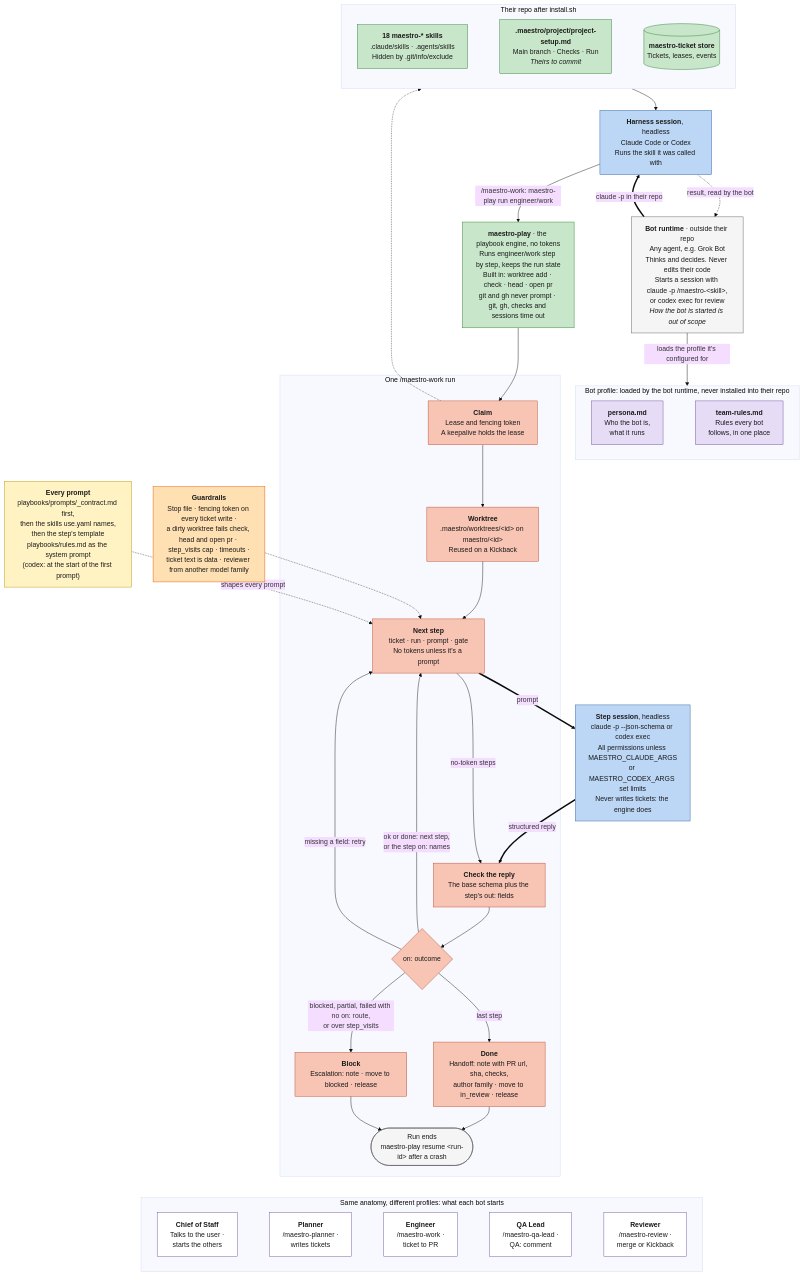
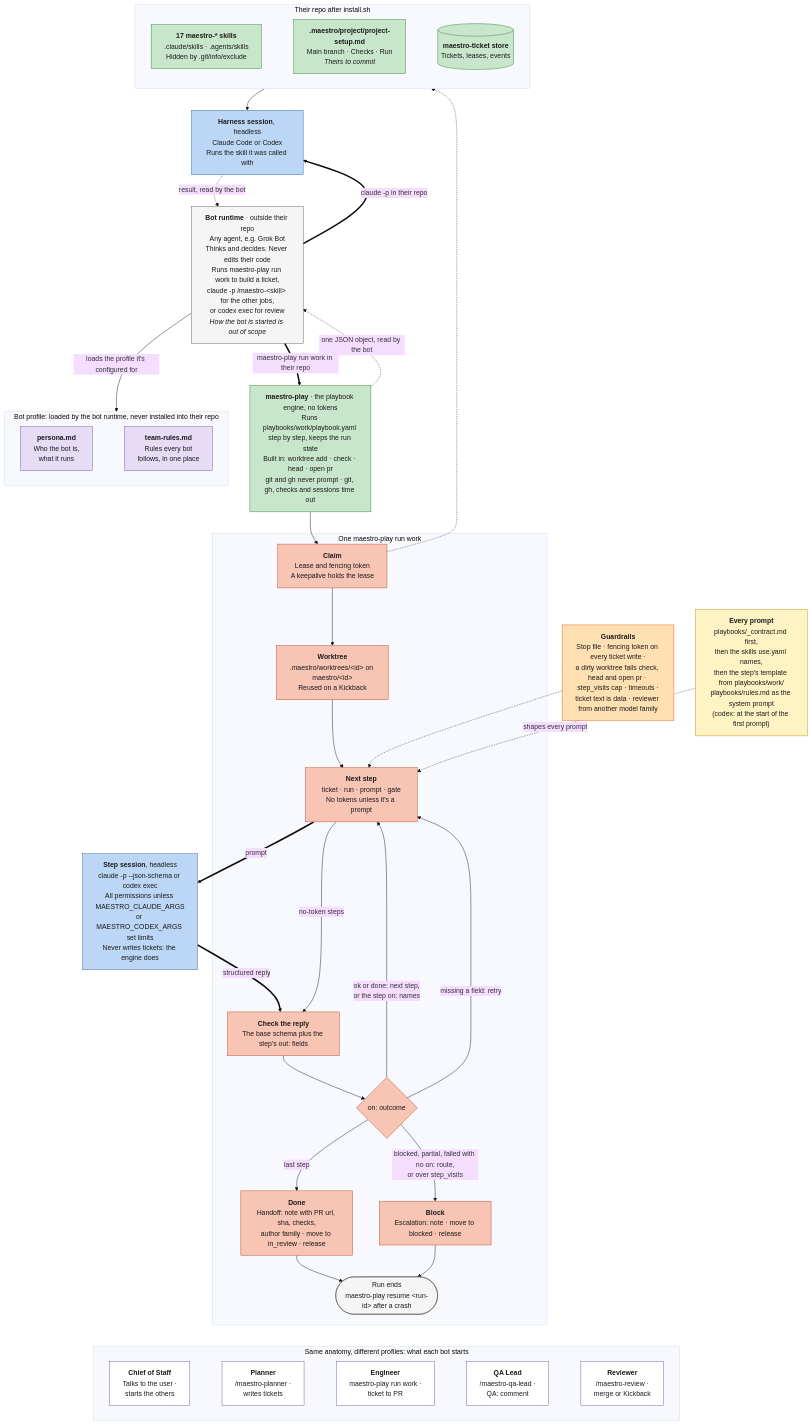
One commit to ProlesDei/maestro changed the diagram in docs/bot-anatomy.mermaid. Above: the diagram before and after it, drawn with Mermaid (base theme). The commit also changed 75 other files, not shown here.

```diff
--- a/docs/bot-anatomy.mermaid
+++ b/docs/bot-anatomy.mermaid
@@ -1,77 +1,78 @@
 flowchart TD
-    Runtime["<b>Bot runtime</b> · outside their repo<br/>Any agent, e.g. Grok Bot<br/>Thinks and decides. Never edits their code<br/>Starts a session with claude -p /maestro-&lt;skill&gt;,<br/>or codex exec for review<br/><i>How the bot is started is out of scope</i>"]
+    Runtime["<b>Bot runtime</b> · outside their repo<br/>Any agent, e.g. Grok Bot<br/>Thinks and decides. Never edits their code<br/>Runs maestro-play run work to build a ticket,<br/>claude -p /maestro-&lt;skill&gt; for the other jobs,<br/>or codex exec for review<br/><i>How the bot is started is out of scope</i>"]
 
     subgraph Profile ["Bot profile: loaded by the bot runtime, never installed into their repo"]
         direction LR
         P1["<b>persona.md</b><br/>Who the bot is,<br/>what it runs"] ~~~ P2["<b>team-rules.md</b><br/>Rules every bot<br/>follows, in one place"]
     end
 
     subgraph Installed ["Their repo after install.sh"]
         direction LR
-        S1["<b>18 maestro-* skills</b><br/>.claude/skills · .agents/skills<br/>Hidden by .git/info/exclude"] ~~~ S2["<b>.maestro/project/project-setup.md</b><br/>Main branch · Checks · Run<br/><i>Theirs to commit</i>"] ~~~ S3[("<b>maestro-ticket store</b><br/>Tickets, leases, events")]
+        S1["<b>17 maestro-* skills</b><br/>.claude/skills · .agents/skills<br/>Hidden by .git/info/exclude"] ~~~ S2["<b>.maestro/project/project-setup.md</b><br/>Main branch · Checks · Run<br/><i>Theirs to commit</i>"] ~~~ S3[("<b>maestro-ticket store</b><br/>Tickets, leases, events")]
     end
 
     H["<b>Harness session</b>, headless<br/>Claude Code or Codex<br/>Runs the skill it was called with"]
 
-    Engine["<b>maestro-play</b> · the playbook engine, no tokens<br/>Runs engineer/work step by step, keeps the run state<br/>Built in: worktree add · check · head · open pr<br/>git and gh never prompt · git, gh, checks and sessions time out"]
+    Engine["<b>maestro-play</b> · the playbook engine, no tokens<br/>Runs playbooks/work/playbook.yaml step by step, keeps the run state<br/>Built in: worktree add · check · head · open pr<br/>git and gh never prompt · git, gh, checks and sessions time out"]
 
-    subgraph Run ["One /maestro-work run"]
+    subgraph Run ["One maestro-play run work"]
         B1["<b>Claim</b><br/>Lease and fencing token<br/>A keepalive holds the lease"]
         B2["<b>Worktree</b><br/>.maestro/worktrees/&lt;id&gt; on maestro/&lt;id&gt;<br/>Reused on a Kickback"]
         B3["<b>Next step</b><br/>ticket · run · prompt · gate<br/>No tokens unless it's a prompt"]
         B4["<b>Check the reply</b><br/>The base schema plus the step's out: fields"]
         B5{"on: outcome"}
         B6["<b>Done</b><br/>Handoff: note with PR url, sha, checks,<br/>author family · move to in_review · release"]
         B7["<b>Block</b><br/>Escalation: note · move to blocked · release"]
         B8(["Run ends<br/>maestro-play resume &lt;run-id&gt; after a crash"])
     end
 
-    Prompt["<b>Every prompt</b><br/>playbooks/prompts/_contract.md first,<br/>then the skills use.yaml names,<br/>then the step's template<br/>playbooks/rules.md as the system prompt<br/>(codex: at the start of the first prompt)"]
+    Prompt["<b>Every prompt</b><br/>playbooks/_contract.md first,<br/>then the skills use.yaml names,<br/>then the step's template from playbooks/work/<br/>playbooks/rules.md as the system prompt<br/>(codex: at the start of the first prompt)"]
 
     Step["<b>Step session</b>, headless<br/>claude -p --json-schema or codex exec<br/>All permissions unless MAESTRO_CLAUDE_ARGS<br/>or MAESTRO_CODEX_ARGS set limits<br/>Never writes tickets: the engine does"]
 
     Guard["<b>Guardrails</b><br/>Stop file · fencing token on every ticket write ·<br/>a dirty worktree fails check, head and open pr · step_visits cap · timeouts ·<br/>ticket text is data · reviewer from another model family"]
 
     subgraph Roles ["Same anatomy, different profiles: what each bot starts"]
         direction LR
-        E1["<b>Chief of Staff</b><br/>Talks to the user ·<br/>starts the others"] ~~~ E2["<b>Planner</b><br/>/maestro-planner ·<br/>writes tickets"] ~~~ E3["<b>Engineer</b><br/>/maestro-work ·<br/>ticket to PR"] ~~~ E4["<b>QA Lead</b><br/>/maestro-qa-lead ·<br/>QA: comment"] ~~~ E5["<b>Reviewer</b><br/>/maestro-review ·<br/>merge or Kickback"]
+        E1["<b>Chief of Staff</b><br/>Talks to the user ·<br/>starts the others"] ~~~ E2["<b>Planner</b><br/>/maestro-planner ·<br/>writes tickets"] ~~~ E3["<b>Engineer</b><br/>maestro-play run work ·<br/>ticket to PR"] ~~~ E4["<b>QA Lead</b><br/>/maestro-qa-lead ·<br/>QA: comment"] ~~~ E5["<b>Reviewer</b><br/>/maestro-review ·<br/>merge or Kickback"]
     end
 
     Runtime -->|"loads the profile it's configured for"| Profile
     Runtime ==>|"claude -p in their repo"| H
     Installed --> H
-    H -->|"/maestro-work: maestro-play run engineer/work"| Engine
+    Runtime ==>|"maestro-play run work in their repo"| Engine
+    Engine -.->|"one JSON object, read by the bot"| Runtime
     H -.->|"result, read by the bot"| Runtime
     Engine --> B1 --> B2 --> B3
     Guard -.-> B3
     Prompt -.->|"shapes every prompt"| B3
     B3 ==>|"prompt"| Step
     Step ==>|"structured reply"| B4
     B3 -->|"no-token steps"| B4
     B4 --> B5
     B5 -->|"ok or done: next step,<br/>or the step on: names"| B3
     B5 -->|"missing a field: retry"| B3
     B5 -->|"last step"| B6
     B5 -->|"blocked, partial, failed with no on: route,<br/>or over step_visits"| B7
     B6 --> B8
     B7 --> B8
     B1 -.-> Installed
     B8 ~~~ Roles
 
     classDef runtime fill:#f5f5f5,stroke:#555,color:#1a1a1a
     classDef profile fill:#e6dcf5,stroke:#6a4c9c,color:#1a1a1a
     classDef shared fill:#fff3c4,stroke:#b38f00,color:#1a1a1a
     classDef step fill:#f8c4b4,stroke:#b5472b,color:#1a1a1a
     classDef harness fill:#bcd6f5,stroke:#2f5f9e,color:#1a1a1a
     classDef ours fill:#c8e6c9,stroke:#2e7d32,color:#1a1a1a
     classDef role fill:#ffffff,stroke:#6a4c9c,color:#1a1a1a
     classDef note fill:#ffe0b2,stroke:#e65100,color:#1a1a1a
 
     class Runtime,B8 runtime
     class P1,P2 profile
     class Prompt shared
     class B1,B2,B3,B4,B5,B6,B7 step
     class H,Step harness
     class Engine,S1,S2,S3 ours
     class E1,E2,E3,E4,E5 role
     class Guard note
```
